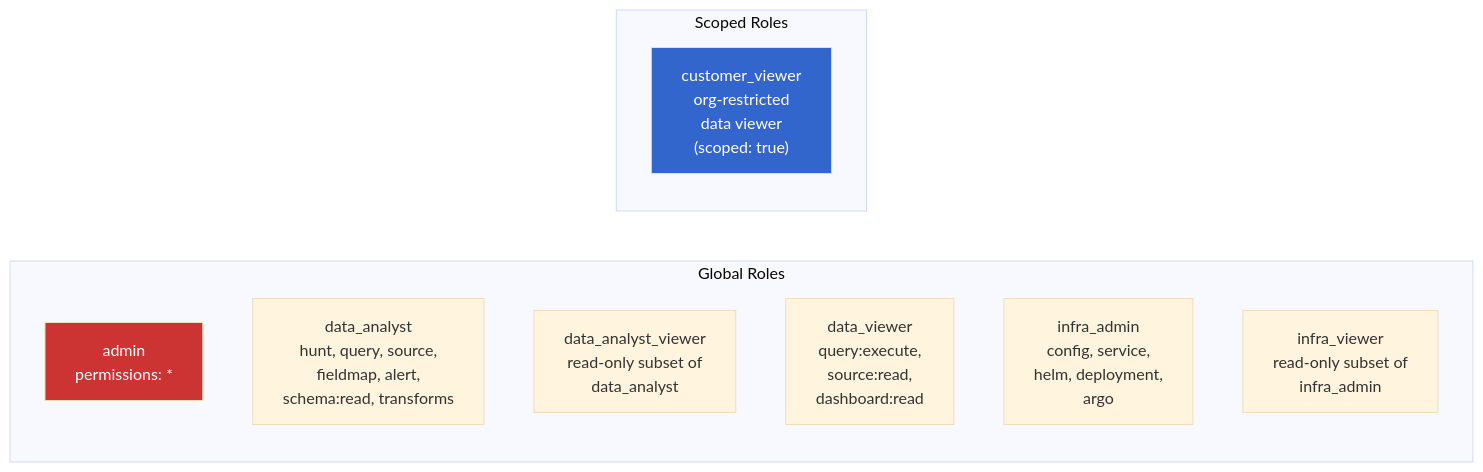
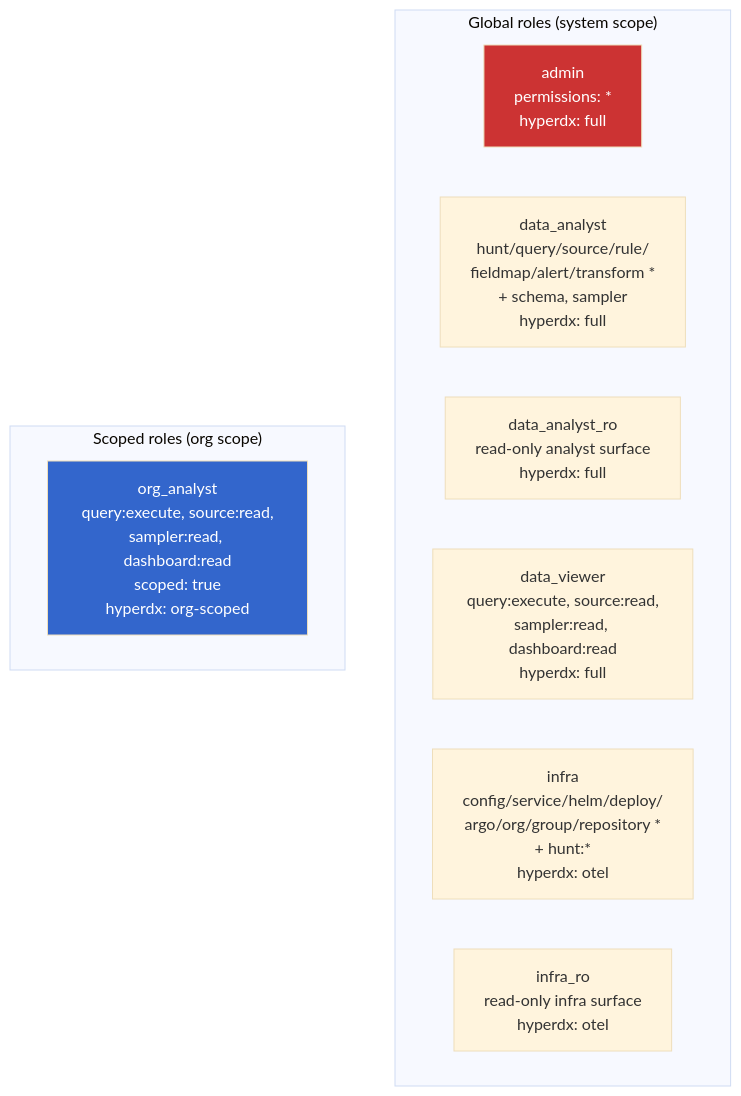
The fourth of 15 diagrams in docs/RBAC.md (hyperi-io/dfe-engine), drawn with Mermaid (base theme) before and after one commit. The commit also changed other lines of this file and 18 other files, not shown here.

````diff
--- a/docs/RBAC.md
+++ b/docs/RBAC.md
@@ -247,18 +256,16 @@
 ```mermaid
-graph LR
-    subgraph "Global Roles"
-        ADMIN["admin<br/>permissions: *"]
-        DA["data_analyst<br/>hunt, query, source,<br/>fieldmap, alert,<br/>schema:read, transforms"]
-        DAV["data_analyst_viewer<br/>read-only subset of<br/>data_analyst"]
-        DV["data_viewer<br/>query:execute,<br/>source:read,<br/>dashboard:read"]
-        IA["infra_admin<br/>config, service,<br/>helm, deployment,<br/>argo"]
-        IV["infra_viewer<br/>read-only subset of<br/>infra_admin"]
+graph TB
+    subgraph global["Global roles (system scope)"]
+        ADMIN["admin<br/>permissions: *<br/>hyperdx: full"]
+        DA["data_analyst<br/>hunt/query/source/rule/<br/>fieldmap/alert/transform *<br/>+ schema, sampler<br/>hyperdx: full"]
+        DARO["data_analyst_ro<br/>read-only analyst surface<br/>hyperdx: full"]
+        DV["data_viewer<br/>query:execute, source:read,<br/>sampler:read, dashboard:read<br/>hyperdx: full"]
+        INFRA["infra<br/>config/service/helm/deploy/<br/>argo/org/group/repository *<br/>+ hunt:*<br/>hyperdx: otel"]
+        INFRARO["infra_ro<br/>read-only infra surface<br/>hyperdx: otel"]
     end
-
-    subgraph "Scoped Roles"
-        CV["customer_viewer<br/>org-restricted<br/>data viewer<br/>(scoped: true)"]
+    subgraph scoped["Scoped roles (org scope)"]
+        OA["org_analyst<br/>query:execute, source:read,<br/>sampler:read, dashboard:read<br/>scoped: true<br/>hyperdx: org-scoped"]
     end
-
     style ADMIN fill:#c33,color:#fff
-    style CV fill:#36c,color:#fff
+    style OA fill:#36c,color:#fff
 ```
````
